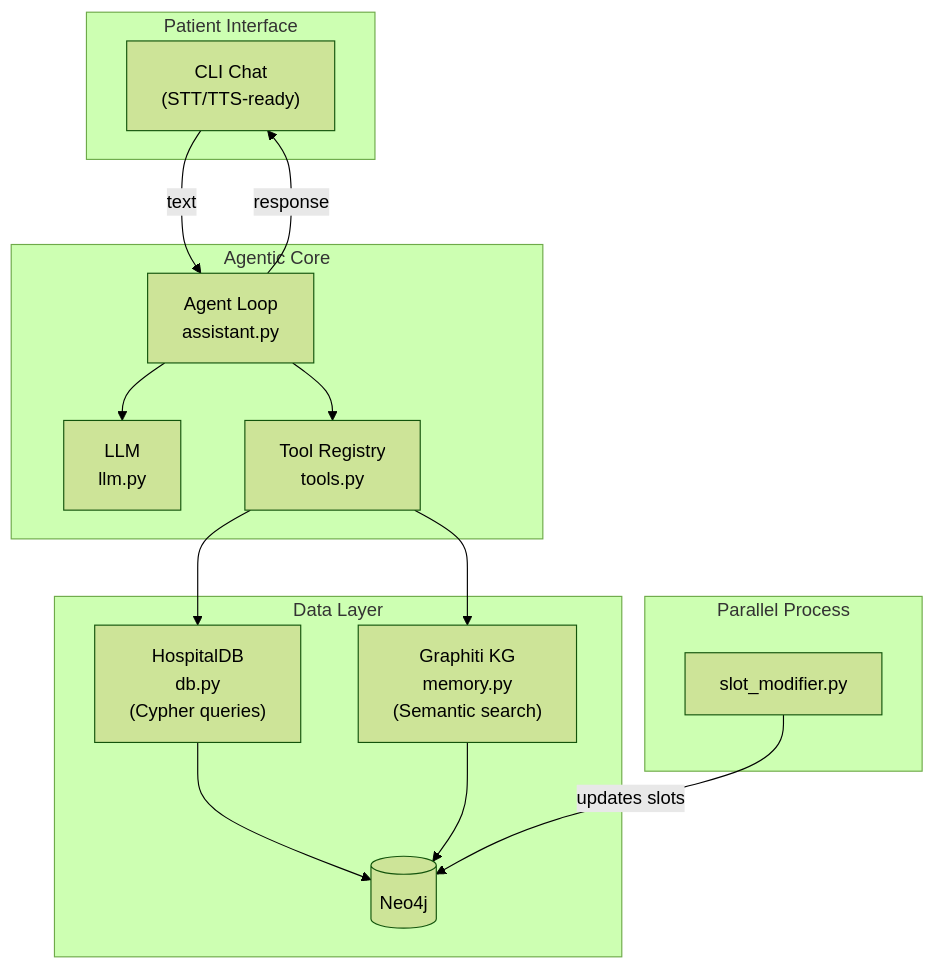
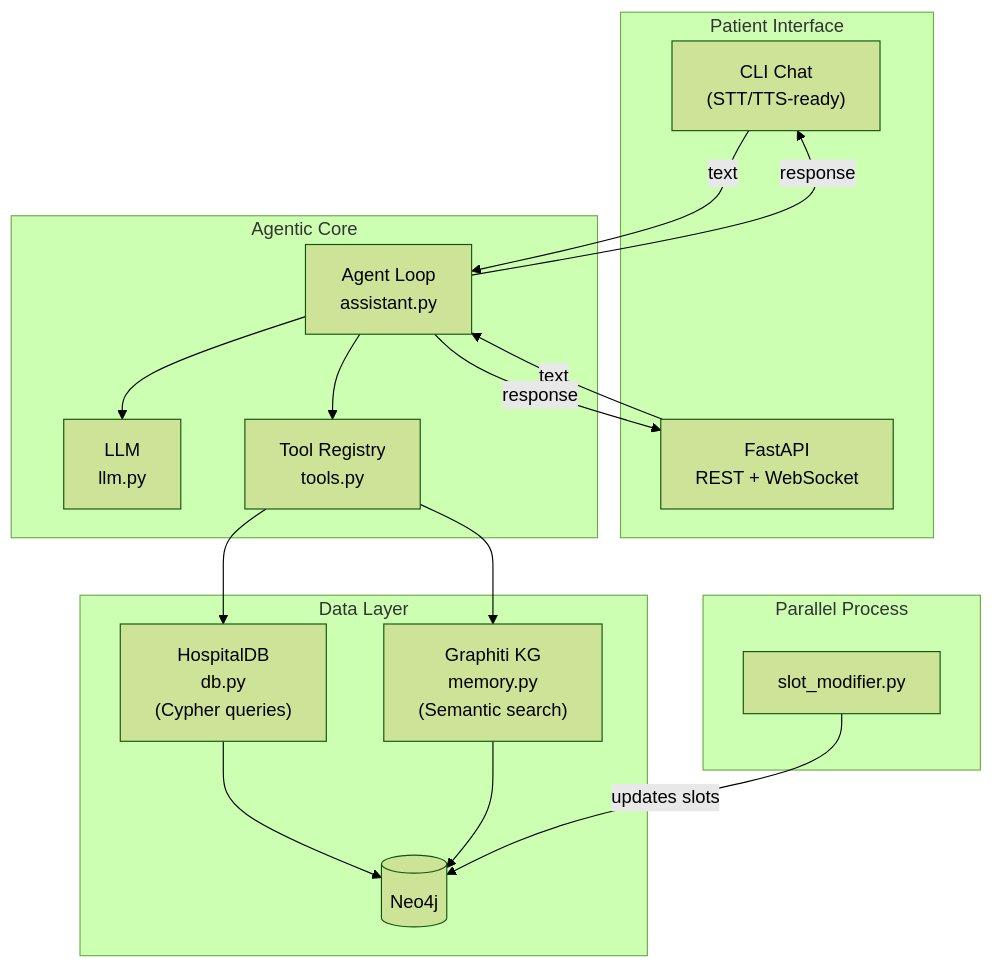
One commit to hpunetha/graphiti-assistant changed the first of 2 diagrams in README.md. Above: the diagram before and after it, drawn with Mermaid (forest theme). The commit also changed other lines of this file and 14 other files, not shown here.

First line of the commit message:
Add FastAPI endpoints and integration tests for chat features (#3)

````diff
--- a/README.md
+++ b/README.md
@@ -13,32 +13,35 @@
 ```mermaid
 graph TB
     subgraph "Patient Interface"
         CLI["CLI Chat<br/>(STT/TTS-ready)"]
+        API["FastAPI<br/>REST + WebSocket"]
     end
 
     subgraph "Agentic Core"
         AGENT["Agent Loop<br/>assistant.py"]
         LLM_MOD["LLM<br/>llm.py"]
         TOOLS["Tool Registry<br/>tools.py"]
         AGENT --> LLM_MOD
         AGENT --> TOOLS
     end
 
     subgraph "Data Layer"
         DB["HospitalDB<br/>db.py<br/>(Cypher queries)"]
         GRAPHITI["Graphiti KG<br/>memory.py<br/>(Semantic search)"]
         NEO4J[(Neo4j)]
     end
 
     subgraph "Parallel Process"
         MOD["slot_modifier.py"]
     end
 
-    CLI -->|text| AGENT
-    AGENT -->|response| CLI
+    CLI --> |text| AGENT
+    API --> |text| AGENT
+    AGENT --> |response| CLI
+    AGENT --> |response| API
     TOOLS --> DB
     TOOLS --> GRAPHITI
     DB --> NEO4J
     GRAPHITI --> NEO4J
-    MOD -->|updates slots| NEO4J
+    MOD --> |updates slots| NEO4J
 ```
````
